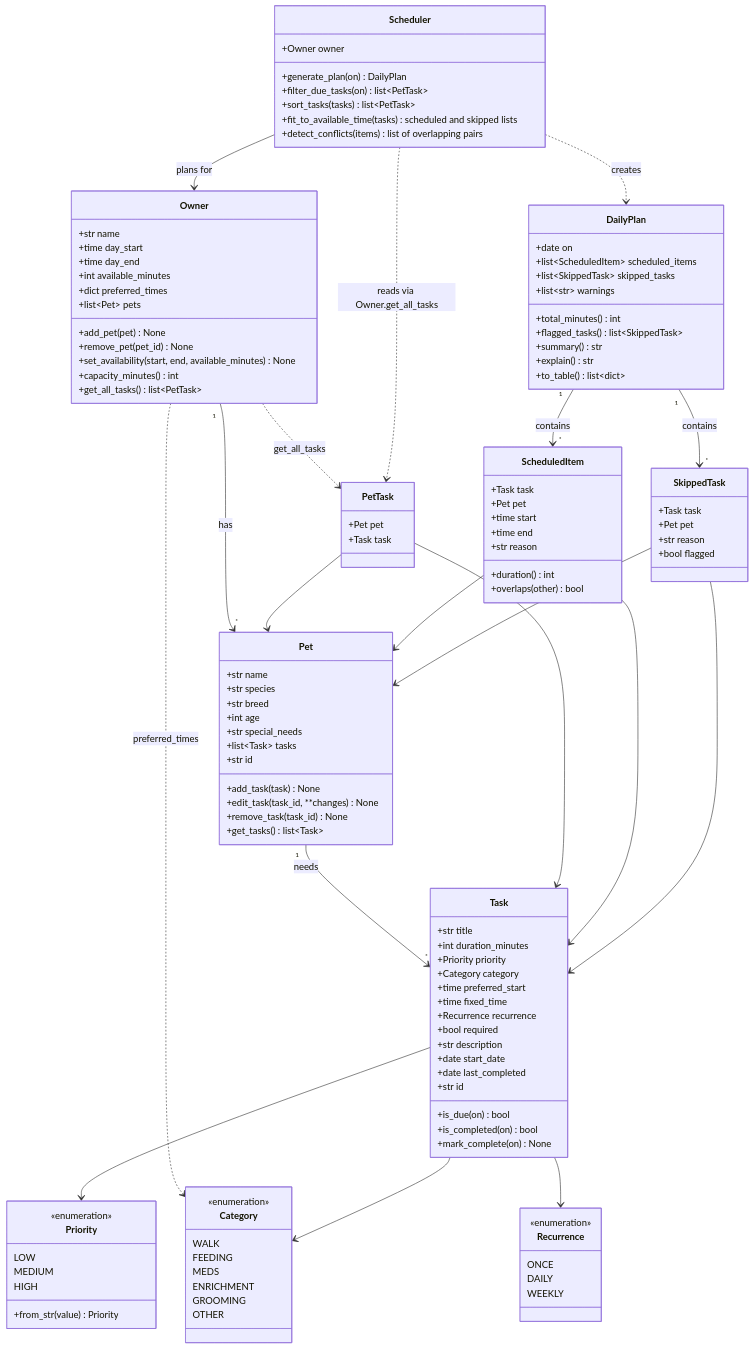
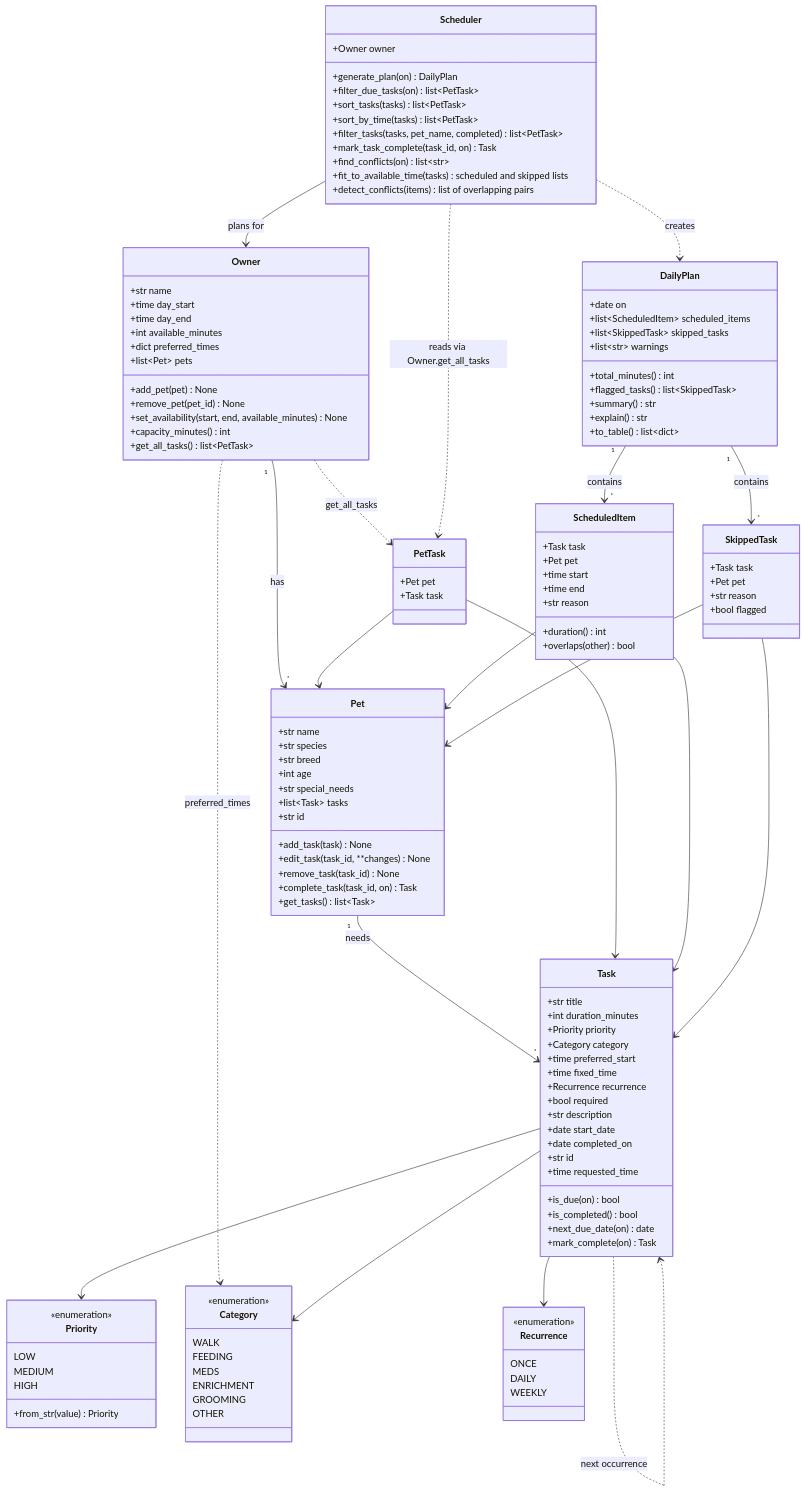
Before and after one commit to LittleNew008/ai110-module2show-pawpal-starter: the diagram in diagrams/uml.mmd, drawn with Mermaid. The commit also changed 9 other files, not shown here.

```diff
--- a/diagrams/uml.mmd
+++ b/diagrams/uml.mmd
@@ -1,137 +1,147 @@
 classDiagram
     class Priority {
         <<enumeration>>
         LOW
         MEDIUM
         HIGH
         +from_str(value) Priority
     }
 
     class Category {
         <<enumeration>>
         WALK
         FEEDING
         MEDS
         ENRICHMENT
         GROOMING
         OTHER
     }
 
     class Recurrence {
         <<enumeration>>
         ONCE
         DAILY
         WEEKLY
     }
 
     %% Owner availability: the day_start-day_end window is the source of truth;
     %% available_minutes is an optional extra cap (scheduler uses the tighter limit).
     class Owner {
         +str name
         +time day_start
         +time day_end
         +int available_minutes
         +dict preferred_times
         +list~Pet~ pets
         +add_pet(pet) None
         +remove_pet(pet_id) None
         +set_availability(start, end, available_minutes) None
         +capacity_minutes() int
         +get_all_tasks() list~PetTask~
     }
 
     class Pet {
         +str name
         +str species
         +str breed
         +int age
         +str special_needs
         +list~Task~ tasks
         +str id
         +add_task(task) None
         +edit_task(task_id, **changes) None
         +remove_task(task_id) None
+        +complete_task(task_id, on) Task
         +get_tasks() list~Task~
     }
 
-    %% last_completed + start_date replace a single completed flag, which cannot work for recurring tasks.
+    %% Recurrence creates a new Task when a daily/weekly one is completed (mark_complete returns it);
+    %% each occurrence is open from start_date until completed_on is set. requested_time is
+    %% a property: fixed_time, else preferred_start, else None.
     class Task {
         +str title
         +int duration_minutes
         +Priority priority
         +Category category
         +time preferred_start
         +time fixed_time
         +Recurrence recurrence
         +bool required
         +str description
         +date start_date
-        +date last_completed
+        +date completed_on
         +str id
+        +time requested_time
         +is_due(on) bool
-        +is_completed(on) bool
-        +mark_complete(on) None
+        +is_completed() bool
+        +next_due_date(on) date
+        +mark_complete(on) Task
     }
 
     %% A task does not point back to its pet; PetTask carries the pair.
     class PetTask {
         +Pet pet
         +Task task
     }
 
     class Scheduler {
         +Owner owner
         +generate_plan(on) DailyPlan
         +filter_due_tasks(on) list~PetTask~
         +sort_tasks(tasks) list~PetTask~
+        +sort_by_time(tasks) list~PetTask~
+        +filter_tasks(tasks, pet_name, completed) list~PetTask~
+        +mark_task_complete(task_id, on) Task
+        +find_conflicts(on) list~str~
         +fit_to_available_time(tasks) scheduled and skipped lists
         +detect_conflicts(items) list of overlapping pairs
     }
 
     class DailyPlan {
         +date on
         +list~ScheduledItem~ scheduled_items
         +list~SkippedTask~ skipped_tasks
         +list~str~ warnings
         +total_minutes() int
         +flagged_tasks() list~SkippedTask~
         +summary() str
         +explain() str
         +to_table() list~dict~
     }
 
     class ScheduledItem {
         +Task task
         +Pet pet
         +time start
         +time end
         +str reason
         +duration() int
         +overlaps(other) bool
     }
 
     class SkippedTask {
         +Task task
         +Pet pet
         +str reason
         +bool flagged
     }
 
     Owner "1" --> "*" Pet : has
     Owner ..> Category : preferred_times
     Owner ..> PetTask : get_all_tasks
     Pet "1" --> "*" Task : needs
     Task --> Priority
     Task --> Category
     Task --> Recurrence
+    Task ..> Task : next occurrence
     PetTask --> Pet
     PetTask --> Task
     Scheduler --> Owner : plans for
     Scheduler ..> PetTask : reads via Owner.get_all_tasks
     Scheduler ..> DailyPlan : creates
     DailyPlan "1" --> "*" ScheduledItem : contains
     DailyPlan "1" --> "*" SkippedTask : contains
     ScheduledItem --> Task
     ScheduledItem --> Pet
     SkippedTask --> Task
     SkippedTask --> Pet
```
